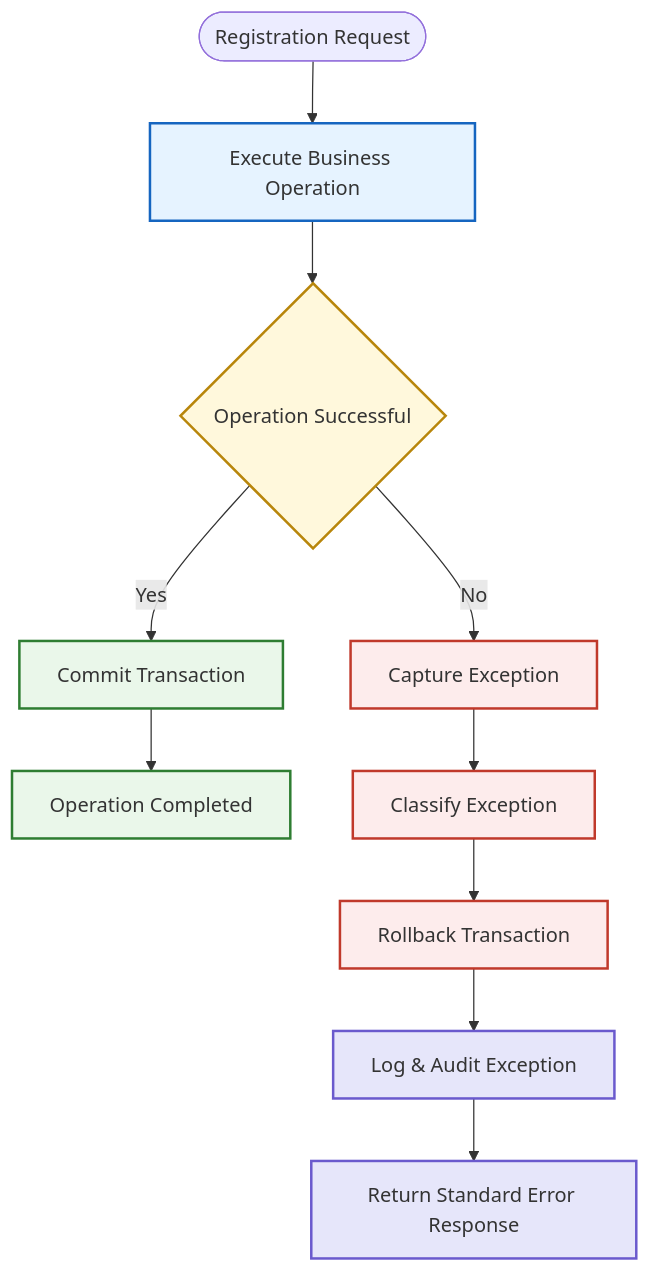
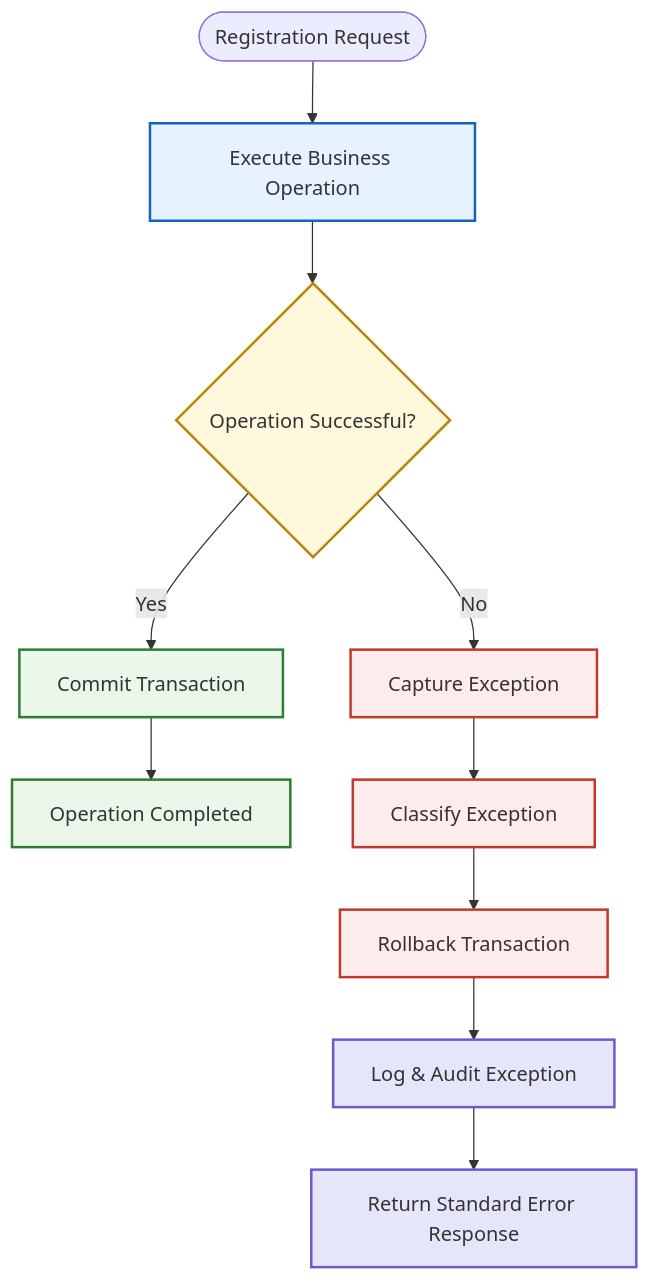
One commit to Varad1604/ERP_hark changed diagram 22 of 28 in architecture/L2_Domain_Workflow_Architecture/section-c/L2-C03_Student_Academic_Registration_Workflows.md. Above: the diagram before and after it, drawn with Mermaid. The commit also changed other lines of this file and 39 other files, not shown here.

````diff
--- a/architecture/L2_Domain_Workflow_Architecture/section-c/L2-C03_Student_Academic_Registration_Workflows.md
+++ b/architecture/L2_Domain_Workflow_Architecture/section-c/L2-C03_Student_Academic_Registration_Workflows.md
@@ -6637,56 +6638,56 @@
 ```mermaid
 flowchart TD
 
     START([Registration Request])
 
     EXECUTE["Execute Business Operation"]
 
-    SUCCESS{"Operation Successful"}
+    SUCCESS{"Operation Successful?"}
 
     COMMIT["Commit Transaction"]
 
     COMPLETE["Operation Completed"]
 
     ERROR["Capture Exception"]
 
     CLASSIFY["Classify Exception"]
 
     ROLLBACK["Rollback Transaction"]
 
     LOG["Log & Audit Exception"]
 
     RESPONSE["Return Standard Error Response"]
 
     START --> EXECUTE
 
     EXECUTE --> SUCCESS
 
     SUCCESS -->|Yes| COMMIT
     SUCCESS -->|No| ERROR
 
     COMMIT --> COMPLETE
 
     ERROR --> CLASSIFY
 
     CLASSIFY --> ROLLBACK
 
     ROLLBACK --> LOG
 
     LOG --> RESPONSE
 
     %% Styling
 
     style EXECUTE fill:#E6F3FF,stroke:#1565C0,stroke-width:2px
 
     style SUCCESS fill:#FFF8DC,stroke:#B8860B,stroke-width:2px
 
     style COMMIT fill:#EAF7EA,stroke:#2E7D32,stroke-width:2px
     style COMPLETE fill:#EAF7EA,stroke:#2E7D32,stroke-width:2px
 
     style ERROR fill:#FDECEC,stroke:#C0392B,stroke-width:2px
     style CLASSIFY fill:#FDECEC,stroke:#C0392B,stroke-width:2px
     style ROLLBACK fill:#FDECEC,stroke:#C0392B,stroke-width:2px
 
     style LOG fill:#E6E6FA,stroke:#6A5ACD,stroke-width:2px
     style RESPONSE fill:#E6E6FA,stroke:#6A5ACD,stroke-width:2px
 ```
````
